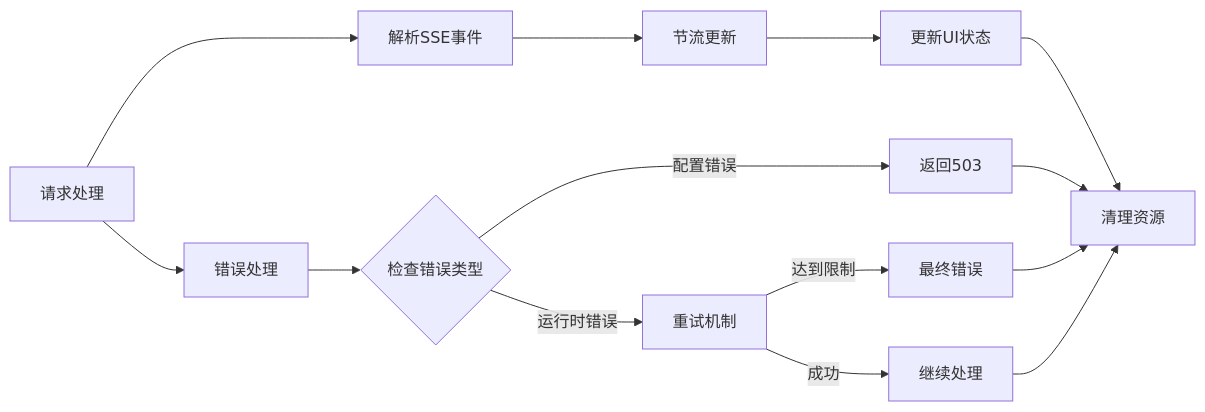
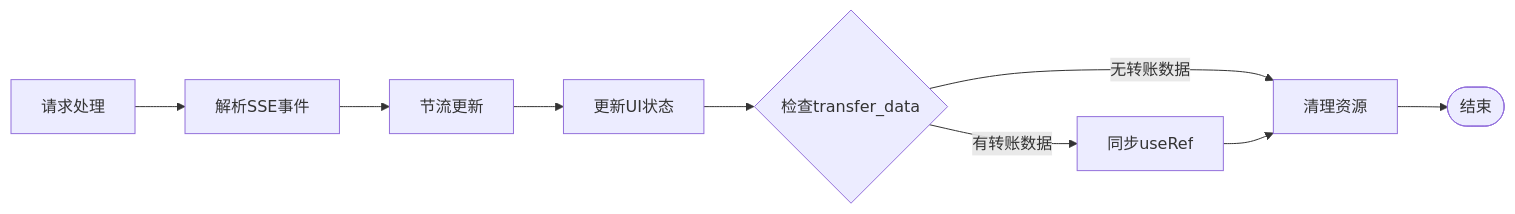
Diagram 20 of 35 in .qoder/repowiki/zh/content/核心技能详解/SSE流式聊天系统.md (CryptoLinxu/Web3-AI-Agent), drawn with Mermaid before and after one commit. The commit also changed other lines of this file and 7 other files, not shown here.

````diff
--- a/.qoder/repowiki/zh/content/核心技能详解/SSE流式聊天系统.md
+++ b/.qoder/repowiki/zh/content/核心技能详解/SSE流式聊天系统.md
@@ -755,16 +1015,11 @@
 ```mermaid
 flowchart LR
 Request[请求处理] --> Parse[解析SSE事件]
 Parse --> Throttle[节流更新]
 Throttle --> Update[更新UI状态]
-Update --> Cleanup[清理资源]
-Request --> Error[错误处理]
-Error --> RetryCheck{检查错误类型}
-RetryCheck --> |配置错误| ConfigError[返回503]
-RetryCheck --> |运行时错误| RetryAttempt[重试机制]
-RetryAttempt --> |达到限制| FinalError[最终错误]
-RetryAttempt --> |成功| Continue[继续处理]
-Continue --> Cleanup
-ConfigError --> Cleanup
-FinalError --> Cleanup
+Update --> TransferDataCheck{检查transfer_data}
+TransferDataCheck --> |有转账数据| SyncRef[同步useRef]
+TransferDataCheck --> |无转账数据| Cleanup[清理资源]
+SyncRef --> Cleanup
+Cleanup --> End([结束])
 ```
````
